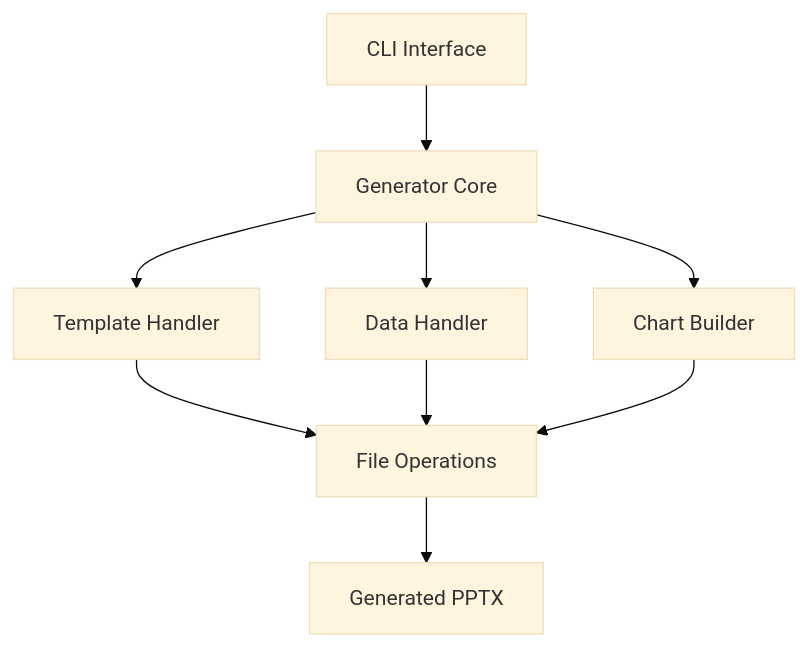
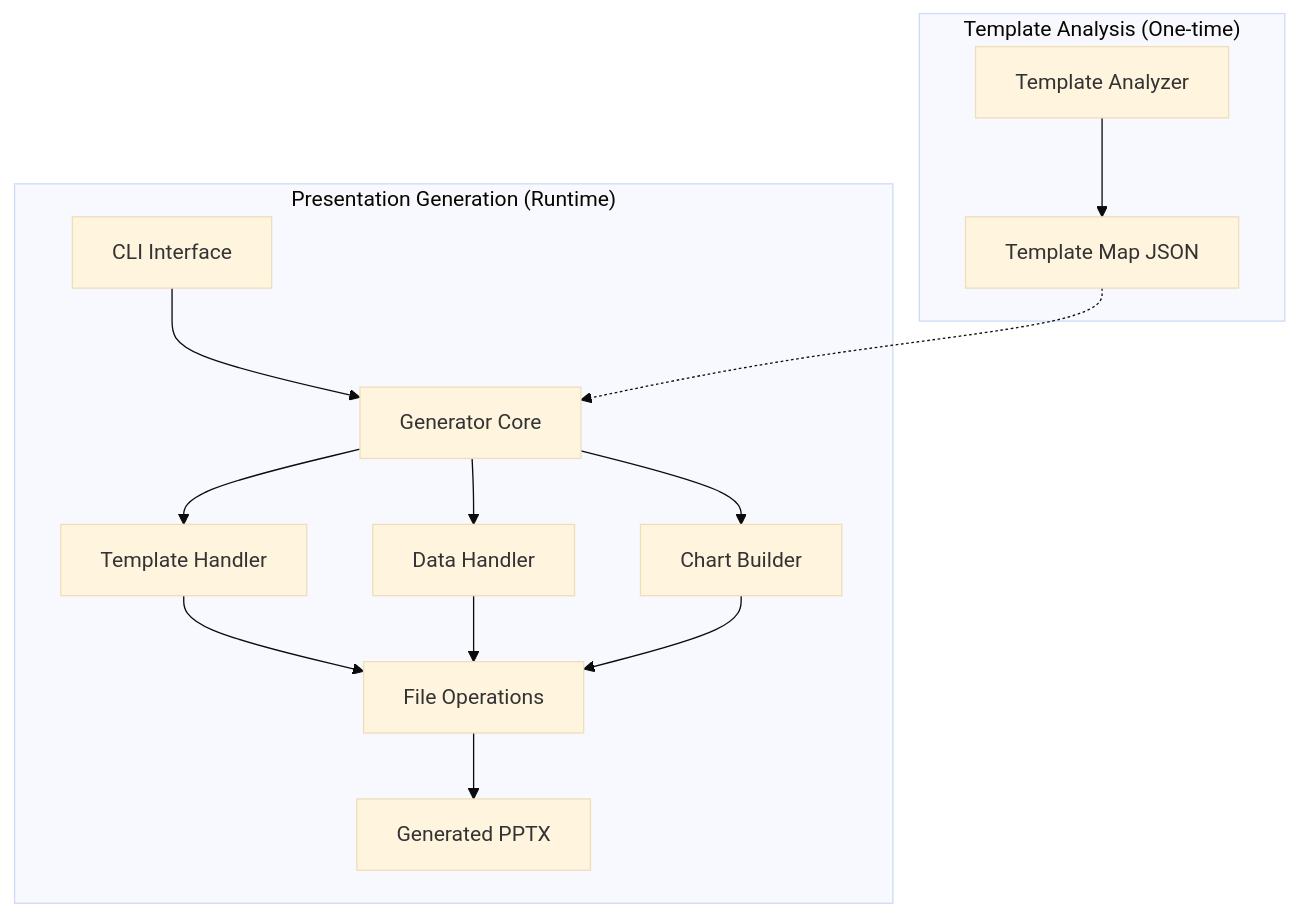
Before and after one commit to schwaa/pptxcreator: the diagram in memory-bank/systemPatterns.md, drawn with Mermaid (base theme). The commit also changed other lines of this file and 7 other files, not shown here.

````diff
--- a/memory-bank/systemPatterns.md
+++ b/memory-bank/systemPatterns.md
@@ -4,13 +4,20 @@
 ```mermaid
 flowchart TD
-    CLI[CLI Interface] --> Generator[Generator Core]
-    Generator --> TemplateHandler[Template Handler]
-    Generator --> DataHandler[Data Handler]
-    Generator --> ChartBuilder[Chart Builder]
+    subgraph Analysis["Template Analysis (One-time)"]
+        Analyzer[Template Analyzer] --> TempMap[Template Map JSON]
+    end
     
-    TemplateHandler --> FileOps[File Operations]
-    DataHandler --> FileOps
-    ChartBuilder --> FileOps
-    
-    FileOps --> Output[Generated PPTX]
+    subgraph Generation["Presentation Generation (Runtime)"]
+        CLI[CLI Interface] --> Generator[Generator Core]
+        Generator --> TemplateHandler[Template Handler]
+        Generator --> DataHandler[Data Handler]
+        Generator --> ChartBuilder[Chart Builder]
+        
+        TempMap -.-> Generator
+        TemplateHandler --> FileOps[File Operations]
+        DataHandler --> FileOps
+        ChartBuilder --> FileOps
+        
+        FileOps --> Output[Generated PPTX]
+    end
 ```
````
